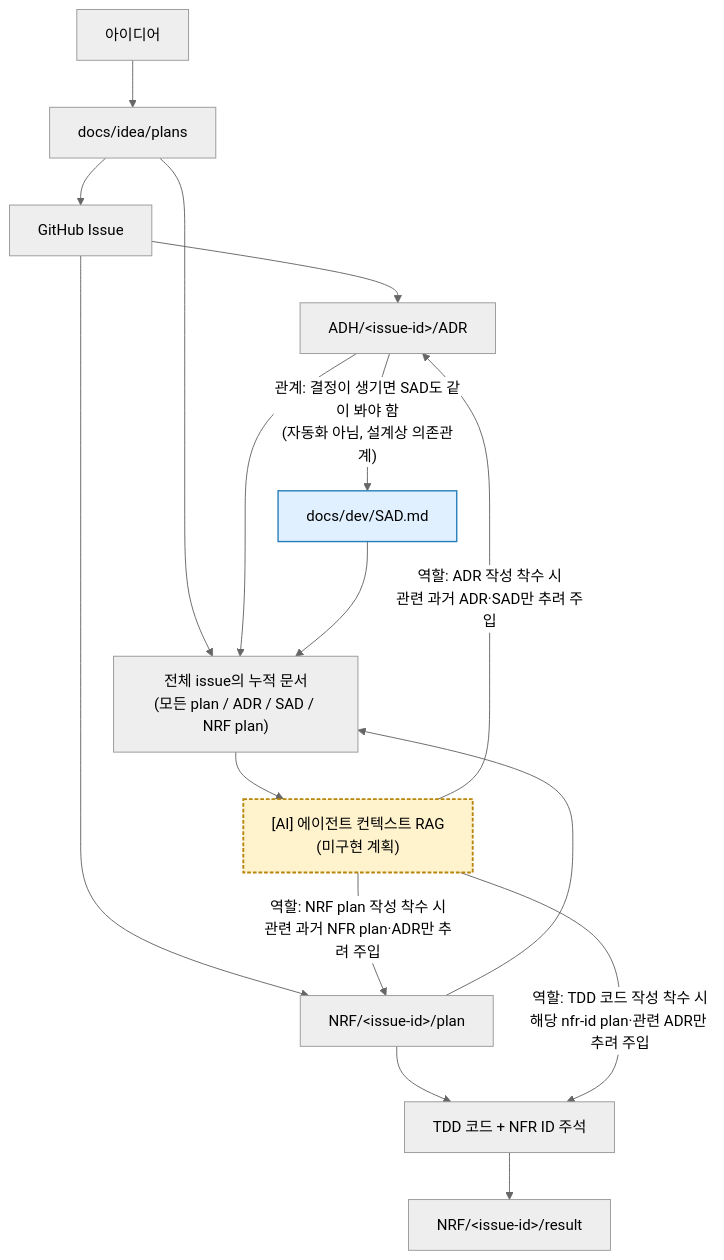
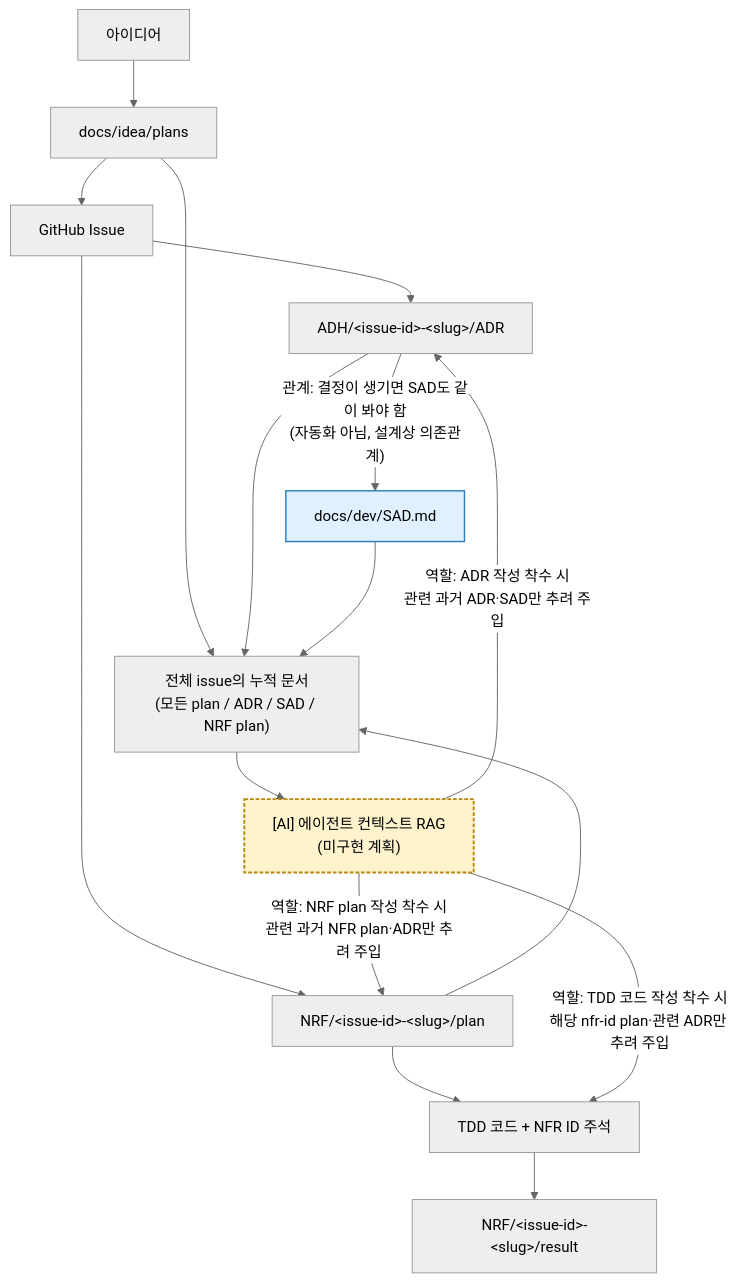
One commit to options0179/RE-DAY changed the second of 3 diagrams in docs/dev/README.md. Above: the diagram before and after it, drawn with Mermaid (neutral theme). The commit also changed other lines of this file and 14 other files, not shown here.

````diff
--- a/docs/dev/README.md
+++ b/docs/dev/README.md
@@ -60,24 +63,24 @@
 ```mermaid
 flowchart TD
     classDef graphRel fill:#e0f0ff,stroke:#2980b9,stroke-width:1.5px;
     classDef ai fill:#fff3cd,stroke:#b8860b,stroke-width:2px,stroke-dasharray: 4 2;
 
     IDEA[아이디어] --> PLAN[docs/idea/plans]
     PLAN --> ISSUE[GitHub Issue]
-    ISSUE --> ADR[ADH/&lt;issue-id&gt;/ADR]
+    ISSUE --> ADR[ADH/&lt;issue-id&gt;-&lt;slug&gt;/ADR]
     ADR -->|"관계: 결정이 생기면 SAD도 같이 봐야 함<br/>(자동화 아님, 설계상 의존관계)"| SAD[docs/dev/SAD.md]:::graphRel
-    ISSUE --> NRFP[NRF/&lt;issue-id&gt;/plan]
+    ISSUE --> NRFP[NRF/&lt;issue-id&gt;-&lt;slug&gt;/plan]
     NRFP --> CODE[TDD 코드 + NFR ID 주석]
-    CODE --> NRFR[NRF/&lt;issue-id&gt;/result]
+    CODE --> NRFR[NRF/&lt;issue-id&gt;-&lt;slug&gt;/result]
 
     PLAN --> HISTORY
     ADR --> HISTORY
     SAD --> HISTORY
     NRFP --> HISTORY
     HISTORY["전체 issue의 누적 문서<br/>(모든 plan / ADR / SAD / NRF plan)"]
 
     HISTORY --> RAG["[AI] 에이전트 컨텍스트 RAG<br/>(미구현 계획)"]:::ai
     RAG -->|"역할: ADR 작성 착수 시<br/>관련 과거 ADR·SAD만 추려 주입"| ADR
     RAG -->|"역할: NRF plan 작성 착수 시<br/>관련 과거 NFR plan·ADR만 추려 주입"| NRFP
     RAG -->|"역할: TDD 코드 작성 착수 시<br/>해당 nfr-id plan·관련 ADR만 추려 주입"| CODE
 ```
````
